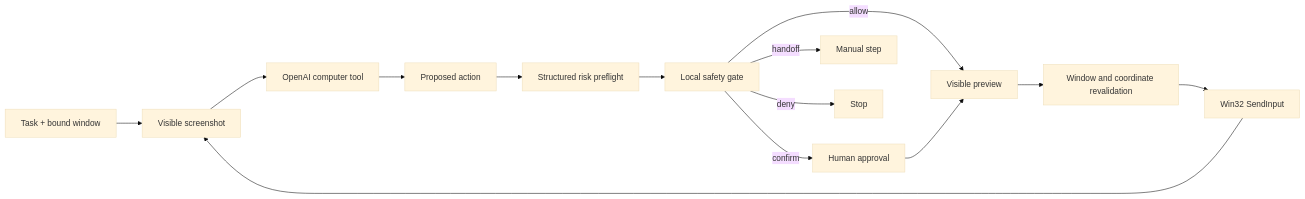
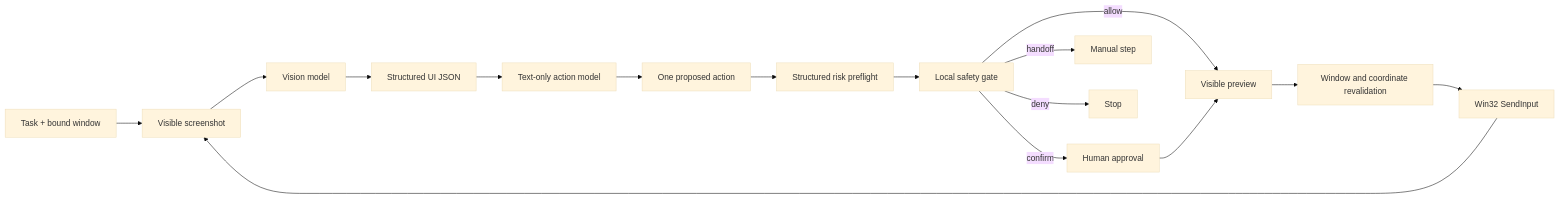
One commit to Dante9k/cyberbody changed the diagram in README.en.md. Above: the diagram before and after it, drawn with Mermaid (base theme). The commit also changed other lines of this file and 18 other files, not shown here.

First line of the commit message:
feat: split vision and action model endpoints (#4)

````diff
--- a/README.en.md
+++ b/README.en.md
@@ -37,16 +38,18 @@
 ```mermaid
 flowchart LR
     T[Task + bound window] --> S[Visible screenshot]
-    S --> C[OpenAI computer tool]
-    C --> P[Proposed action]
+    S --> C[Vision model]
+    C --> J[Structured UI JSON]
+    J --> A[Text-only action model]
+    A --> P[One proposed action]
     P --> R[Structured risk preflight]
     R --> G[Local safety gate]
     G -->|allow| V[Visible preview]
     G -->|confirm| H[Human approval]
     G -->|handoff| M[Manual step]
     G -->|deny| X[Stop]
     H --> V
     V --> B[Window and coordinate revalidation]
     B --> I[Win32 SendInput]
     I --> S
 ```
````
